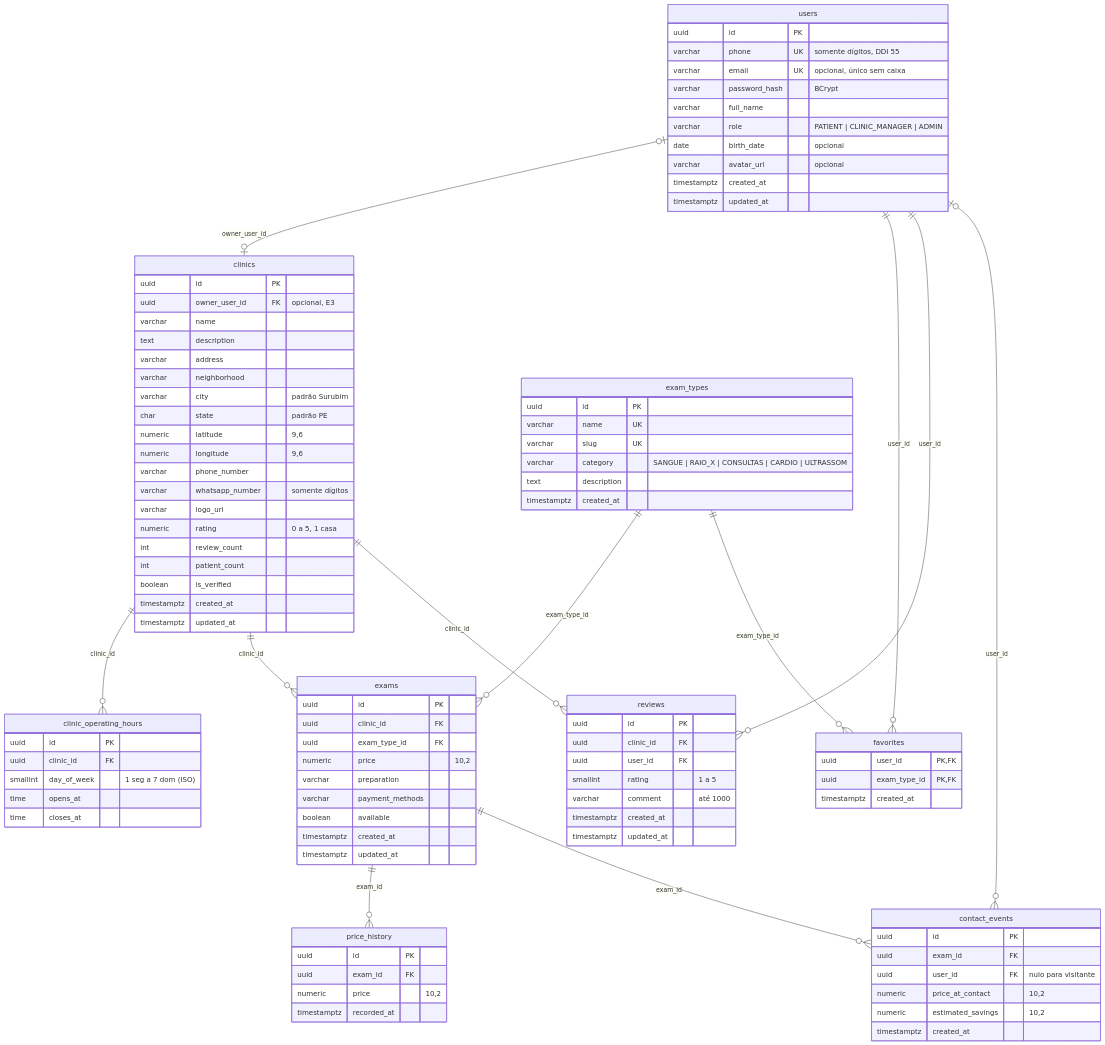
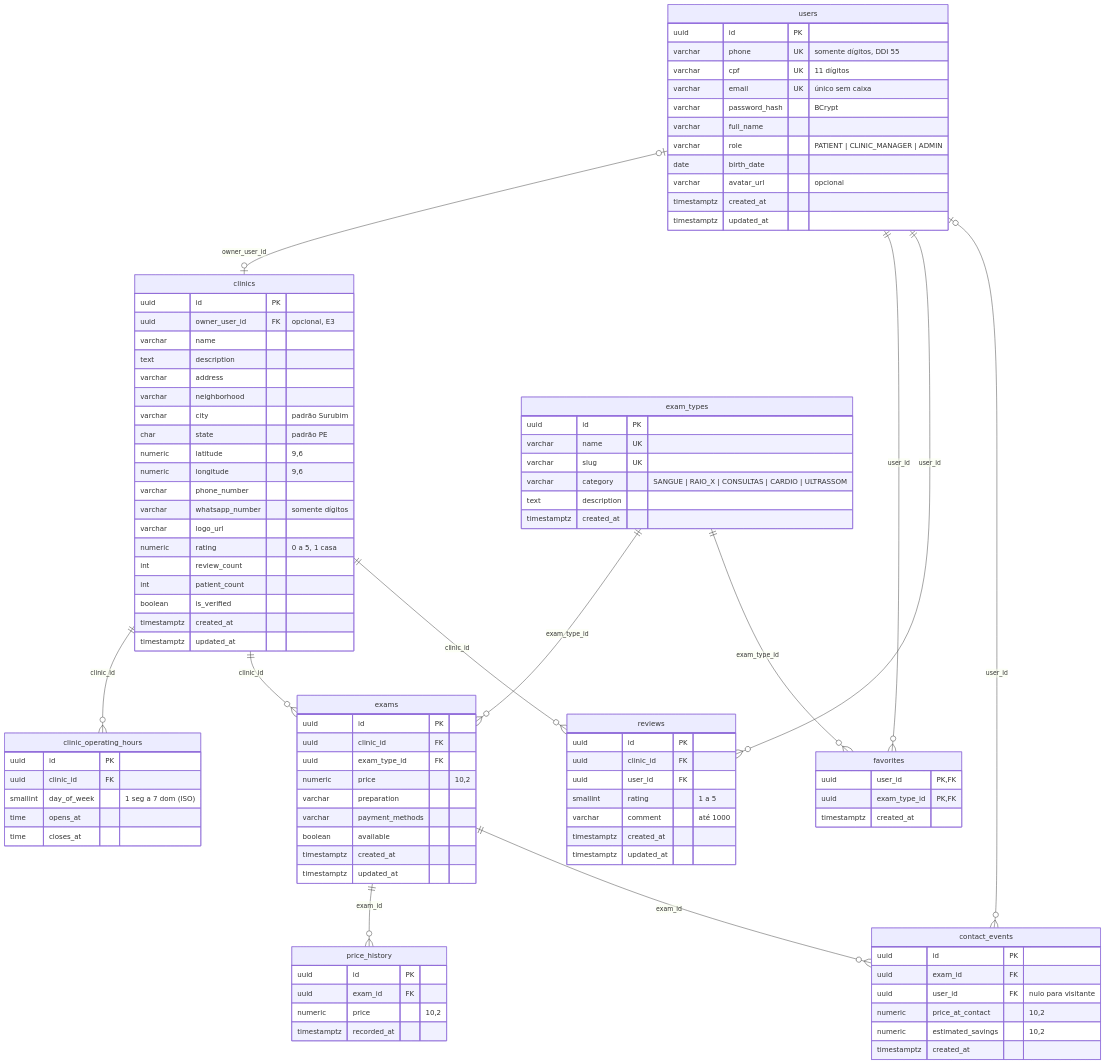
One commit to MarcioFerreiraL/clinics-backend changed the second of 2 diagrams in docs/05-modelo-de-dados.md. Above: the diagram before and after it, drawn with Mermaid. The commit also changed other lines of this file and 21 other files, not shown here.

```diff
--- a/docs/05-modelo-de-dados.md
+++ b/docs/05-modelo-de-dados.md
@@ -53,11 +53,12 @@
     users {
         uuid id PK
         varchar phone UK "somente dígitos, DDI 55"
-        varchar email UK "opcional, único sem caixa"
+        varchar cpf UK "11 dígitos"
+        varchar email UK "único sem caixa"
         varchar password_hash "BCrypt"
         varchar full_name
         varchar role "PATIENT | CLINIC_MANAGER | ADMIN"
-        date birth_date "opcional"
+        date birth_date
         varchar avatar_url "opcional"
         timestamptz created_at
         timestamptz updated_at
```
